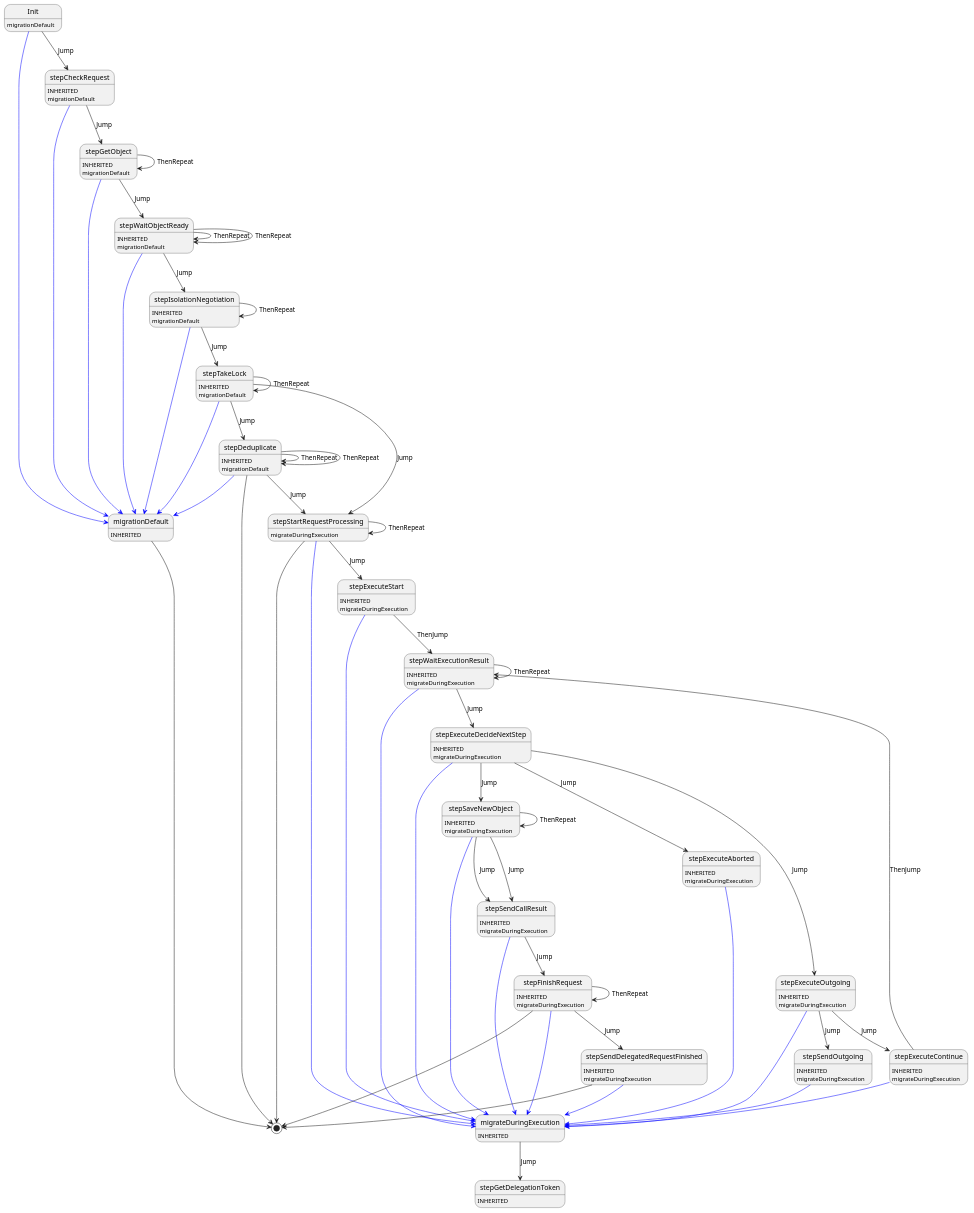
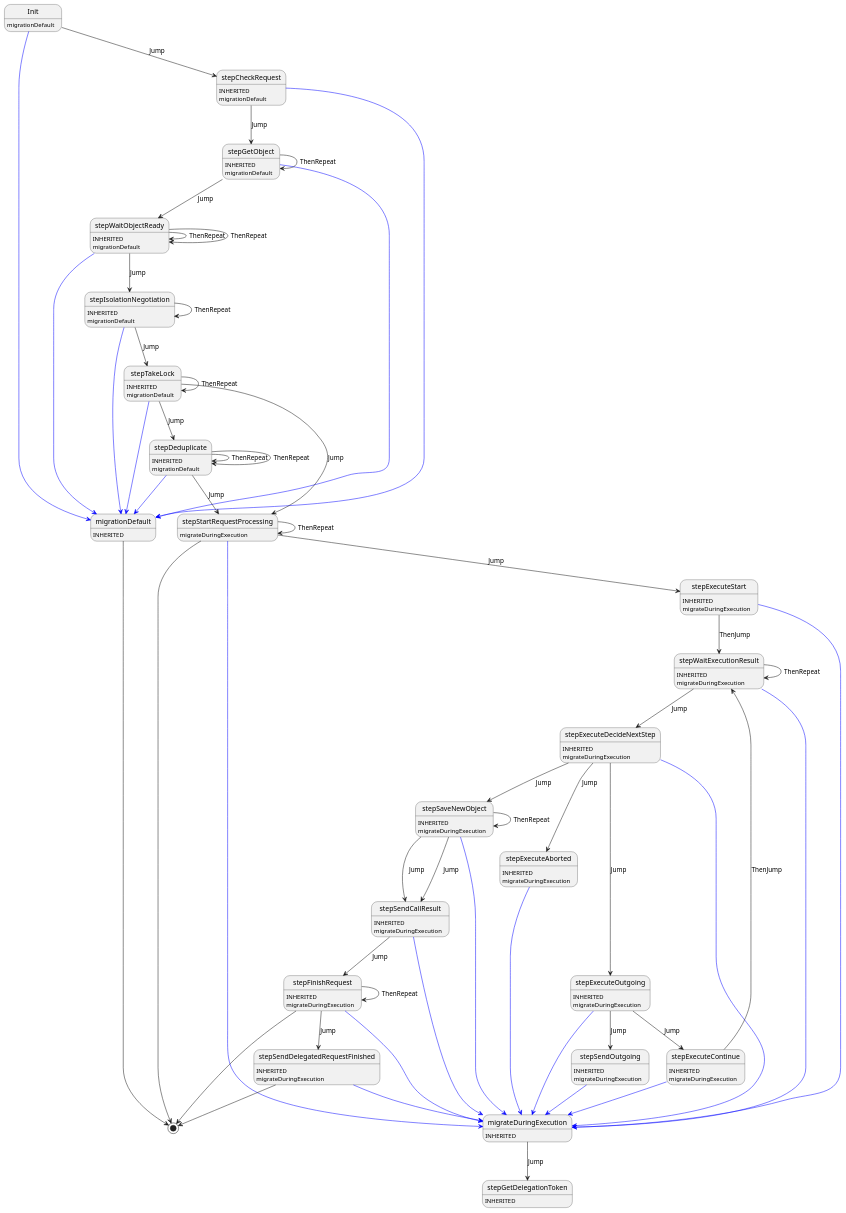
One commit to insolar/assured-ledger changed the diagram in ledger-core/virtual/execute/execute.plantuml. Above: the diagram before and after it, drawn with PlantUML. The commit also changed 5 other files, not shown here.

```diff
--- a/ledger-core/virtual/execute/execute.plantuml
+++ b/ledger-core/virtual/execute/execute.plantuml
@@ -1,98 +1,97 @@
 @startuml
 Init : migrationDefault
 Init -[#blue]-> migrationDefault
 Init --> stepCheckRequest : Jump
 migrationDefault : INHERITED
 migrationDefault --> [*]
 stepCheckRequest : INHERITED
 stepCheckRequest : migrationDefault
 stepCheckRequest -[#blue]-> migrationDefault
 stepCheckRequest --> stepGetObject : Jump
 stepGetObject : INHERITED
 stepGetObject : migrationDefault
 stepGetObject -[#blue]-> migrationDefault
 stepGetObject --> stepWaitObjectReady : Jump
 stepGetObject --> stepGetObject : ThenRepeat
 stepWaitObjectReady : INHERITED
 stepWaitObjectReady : migrationDefault
 stepWaitObjectReady -[#blue]-> migrationDefault
 stepWaitObjectReady --> stepIsolationNegotiation : Jump
 stepWaitObjectReady --> stepWaitObjectReady : ThenRepeat
 stepWaitObjectReady --> stepWaitObjectReady : ThenRepeat
 stepIsolationNegotiation : INHERITED
 stepIsolationNegotiation : migrationDefault
 stepIsolationNegotiation -[#blue]-> migrationDefault
 stepIsolationNegotiation --> stepTakeLock : Jump
 stepIsolationNegotiation --> stepIsolationNegotiation : ThenRepeat
 stepTakeLock : INHERITED
 stepTakeLock : migrationDefault
 stepTakeLock -[#blue]-> migrationDefault
 stepTakeLock --> stepDeduplicate : Jump
 stepTakeLock --> stepStartRequestProcessing : Jump
 stepTakeLock --> stepTakeLock : ThenRepeat
 stepDeduplicate : INHERITED
 stepDeduplicate : migrationDefault
 stepDeduplicate -[#blue]-> migrationDefault
 stepDeduplicate --> stepStartRequestProcessing : Jump
-stepDeduplicate --> [*]
 stepDeduplicate --> stepDeduplicate : ThenRepeat
 stepDeduplicate --> stepDeduplicate : ThenRepeat
 stepStartRequestProcessing : migrateDuringExecution
 stepStartRequestProcessing -[#blue]-> migrateDuringExecution
 stepStartRequestProcessing --> stepExecuteStart : Jump
 stepStartRequestProcessing --> [*]
 stepStartRequestProcessing --> stepStartRequestProcessing : ThenRepeat
 migrateDuringExecution : INHERITED
 migrateDuringExecution --> stepGetDelegationToken : Jump
 stepExecuteStart : INHERITED
 stepExecuteStart : migrateDuringExecution
 stepExecuteStart -[#blue]-> migrateDuringExecution
 stepExecuteStart --> stepWaitExecutionResult : ThenJump
 stepGetDelegationToken : INHERITED
 stepWaitExecutionResult : INHERITED
 stepWaitExecutionResult : migrateDuringExecution
 stepWaitExecutionResult -[#blue]-> migrateDuringExecution
 stepWaitExecutionResult --> stepExecuteDecideNextStep : Jump
 stepWaitExecutionResult --> stepWaitExecutionResult : ThenRepeat
 stepExecuteDecideNextStep : INHERITED
 stepExecuteDecideNextStep : migrateDuringExecution
 stepExecuteDecideNextStep -[#blue]-> migrateDuringExecution
 stepExecuteDecideNextStep --> stepSaveNewObject : Jump
 stepExecuteDecideNextStep --> stepExecuteAborted : Jump
 stepExecuteDecideNextStep --> stepExecuteOutgoing : Jump
 stepSaveNewObject : INHERITED
 stepSaveNewObject : migrateDuringExecution
 stepSaveNewObject -[#blue]-> migrateDuringExecution
 stepSaveNewObject --> stepSendCallResult : Jump
 stepSaveNewObject --> stepSendCallResult : Jump
 stepSaveNewObject --> stepSaveNewObject : ThenRepeat
 stepExecuteAborted : INHERITED
 stepExecuteAborted : migrateDuringExecution
 stepExecuteAborted -[#blue]-> migrateDuringExecution
 stepExecuteOutgoing : INHERITED
 stepExecuteOutgoing : migrateDuringExecution
 stepExecuteOutgoing -[#blue]-> migrateDuringExecution
 stepExecuteOutgoing --> stepSendOutgoing : Jump
 stepExecuteOutgoing --> stepExecuteContinue : Jump
 stepSendCallResult : INHERITED
 stepSendCallResult : migrateDuringExecution
 stepSendCallResult -[#blue]-> migrateDuringExecution
 stepSendCallResult --> stepFinishRequest : Jump
 stepSendOutgoing : INHERITED
 stepSendOutgoing : migrateDuringExecution
 stepSendOutgoing -[#blue]-> migrateDuringExecution
 stepExecuteContinue : INHERITED
 stepExecuteContinue : migrateDuringExecution
 stepExecuteContinue -[#blue]-> migrateDuringExecution
 stepExecuteContinue --> stepWaitExecutionResult : ThenJump
 stepFinishRequest : INHERITED
 stepFinishRequest : migrateDuringExecution
 stepFinishRequest -[#blue]-> migrateDuringExecution
 stepFinishRequest --> stepSendDelegatedRequestFinished : Jump
 stepFinishRequest --> [*]
 stepFinishRequest --> stepFinishRequest : ThenRepeat
 stepSendDelegatedRequestFinished : INHERITED
 stepSendDelegatedRequestFinished : migrateDuringExecution
 stepSendDelegatedRequestFinished -[#blue]-> migrateDuringExecution
 stepSendDelegatedRequestFinished --> [*]
 @enduml
```
